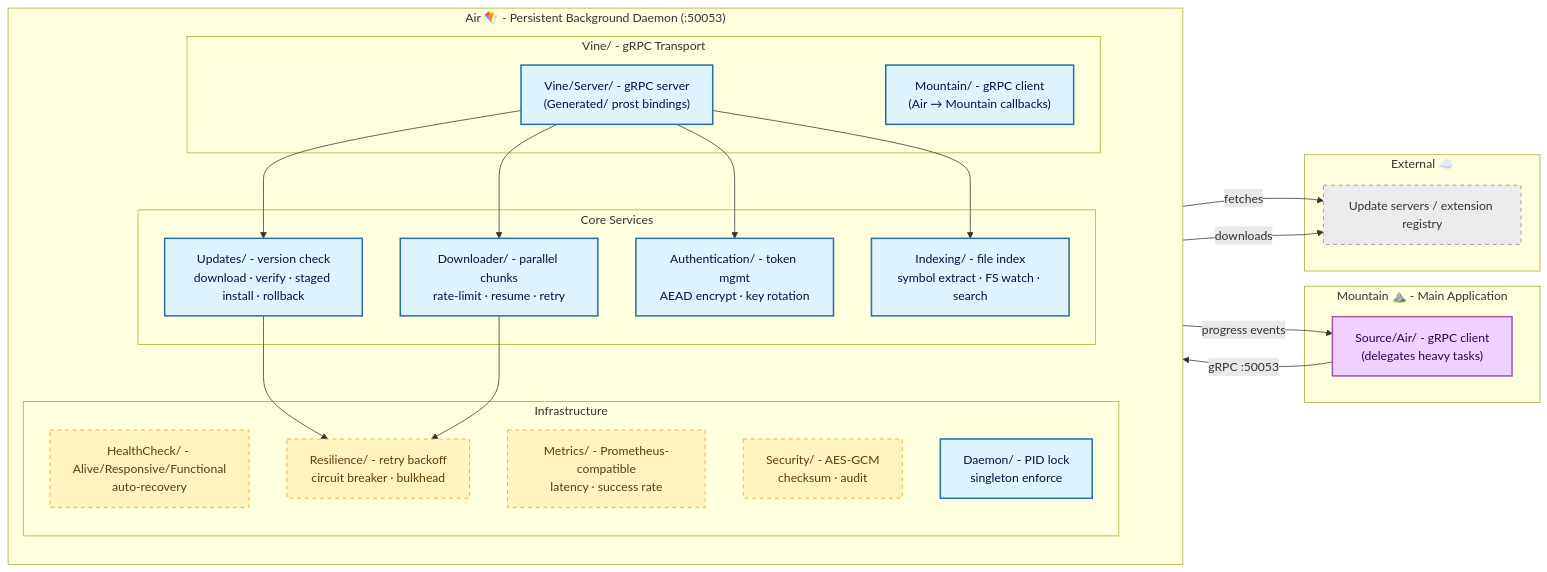
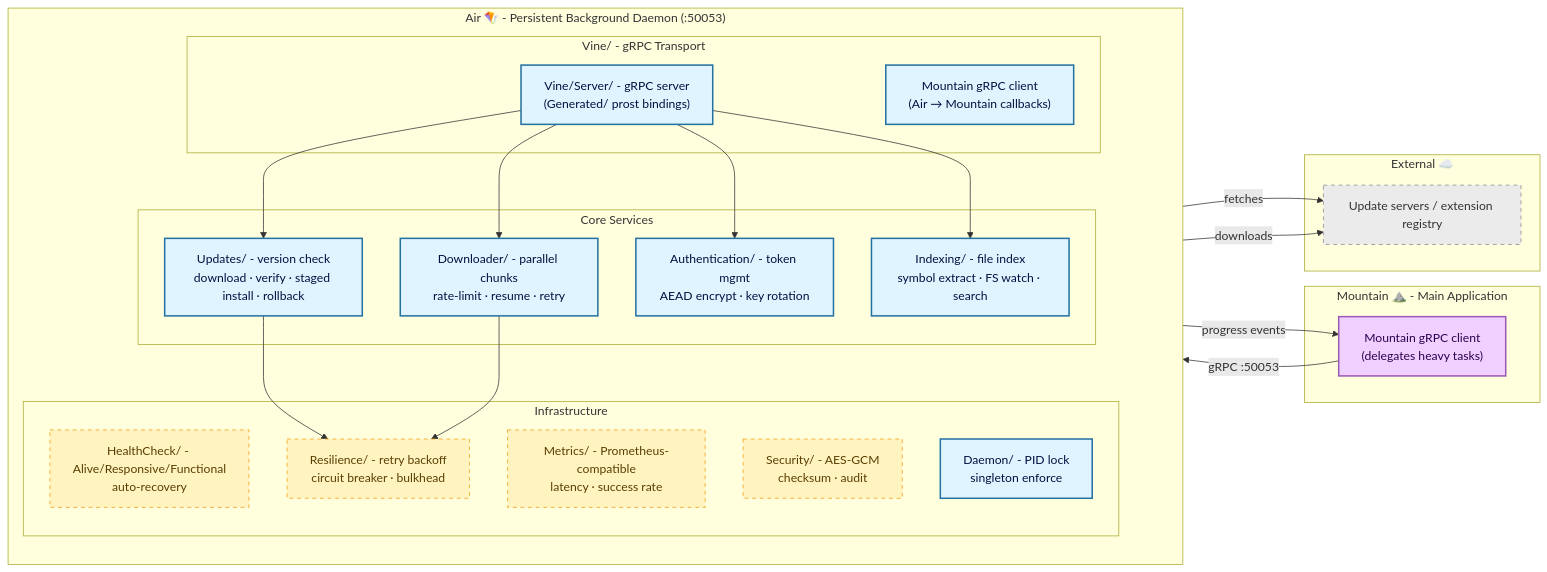
One commit to CodeEditorLand/Air changed the diagram in README.md. Above: the diagram before and after it, drawn with Mermaid. The commit also changed other lines of this file, not shown here.

First line of the commit message:
docs(Air): Remove deprecated Plugins and Mountain module references from README

````diff
--- a/README.md
+++ b/README.md
@@ -219,48 +211,48 @@
 ```mermaid
 graph LR
     classDef mountain fill:#f0d0ff,stroke:#9b59b6,stroke-width:2px,color:#2c0050;
     classDef air      fill:#e0f4ff,stroke:#2471a3,stroke-width:2px,color:#001040;
     classDef external fill:#ebebeb,stroke:#888,stroke-width:1px,stroke-dasharray:5 5,color:#333;
     classDef infra    fill:#fff3c0,stroke:#f39c12,stroke-width:1px,stroke-dasharray:5 5,color:#5a3e00;
 
     subgraph MOUNTAIN["Mountain ⛰️ - Main Application"]
-        MountainIPC["Source/Air/ - gRPC client\n(delegates heavy tasks)"]:::mountain
+        MountainIPC["Mountain gRPC client\n(delegates heavy tasks)"]:::mountain
     end
 
     subgraph AIR["Air 🪁 - Persistent Background Daemon (:50053)"]
         direction TB
         subgraph COMM["Vine/ - gRPC Transport"]
             VineServer["Vine/Server/ - gRPC server\n(Generated/ prost bindings)"]:::air
-            MountainClient["Mountain/ - gRPC client\n(Air → Mountain callbacks)"]:::air
+            MountainClient["Mountain gRPC client\n(Air → Mountain callbacks)"]:::air
         end
         subgraph CORE["Core Services"]
             Updates["Updates/ - version check\ndownload · verify · staged install · rollback"]:::air
             Downloader["Downloader/ - parallel chunks\nrate-limit · resume · retry"]:::air
             Auth["Authentication/ - token mgmt\nAEAD encrypt · key rotation"]:::air
             Indexing["Indexing/ - file index\nsymbol extract · FS watch · search"]:::air
         end
         subgraph INFRA["Infrastructure"]
             Health["HealthCheck/ - Alive/Responsive/Functional\nauto-recovery"]:::infra
             Resilience["Resilience/ - retry backoff\ncircuit breaker · bulkhead"]:::infra
             Metrics["Metrics/ - Prometheus-compatible\nlatency · success rate"]:::infra
             Security["Security/ - AES-GCM\nchecksum · audit"]:::infra
             Daemon["Daemon/ - PID lock\nsingleton enforce"]:::air
         end
 
         VineServer --> Updates
         VineServer --> Downloader
         VineServer --> Auth
         VineServer --> Indexing
         Updates --> Resilience
         Downloader --> Resilience
     end
 
     subgraph EXTERNAL["External ☁️"]
         UpdateSrv["Update servers / extension registry"]:::external
     end
 
     MountainIPC -- gRPC :50053 --> VineServer
     MountainClient -- progress events --> MountainIPC
     Updates -- fetches --> UpdateSrv
     Downloader -- downloads --> UpdateSrv
 ```
````
